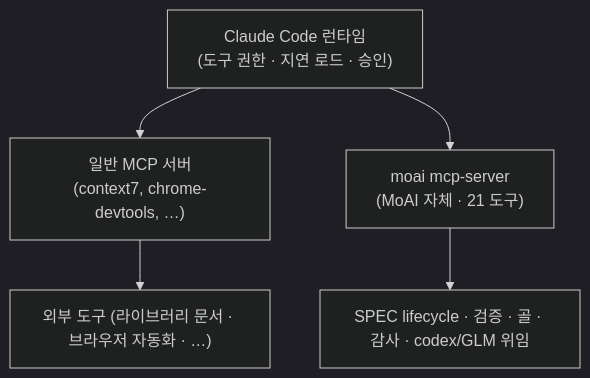
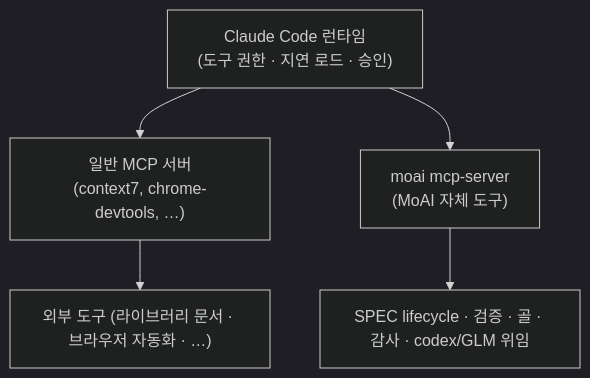
One commit to modu-ai/moai-adk changed the diagram in docs-site/content/ko/guides/mcp-server.md. Above: the diagram before and after it, drawn with Mermaid (dark theme). The commit also changed other lines of this file and 3 other files, not shown here.

First line of the commit message:
docs(t1173): drop hard-coded MCP tool count from mcp-server guide

````diff
--- a/docs-site/content/ko/guides/mcp-server.md
+++ b/docs-site/content/ko/guides/mcp-server.md
@@ -28,10 +28,10 @@
 ```mermaid
 flowchart TD
     CC["Claude Code 런타임<br/>(도구 권한 · 지연 로드 · 승인)"]
     CMCP["일반 MCP 서버<br/>(context7, chrome-devtools, …)"]
-    MMCP["moai mcp-server<br/>(MoAI 자체 · 21 도구)"]
+    MMCP["moai mcp-server<br/>(MoAI 자체 도구)"]
     CC --> CMCP
     CC --> MMCP
     MMCP --> TOOLS["SPEC lifecycle · 검증 · 골 · 감사 · codex/GLM 위임"]
     CMCP --> EXT["외부 도구 (라이브러리 문서 · 브라우저 자동화 · …)"]
 ```
````
